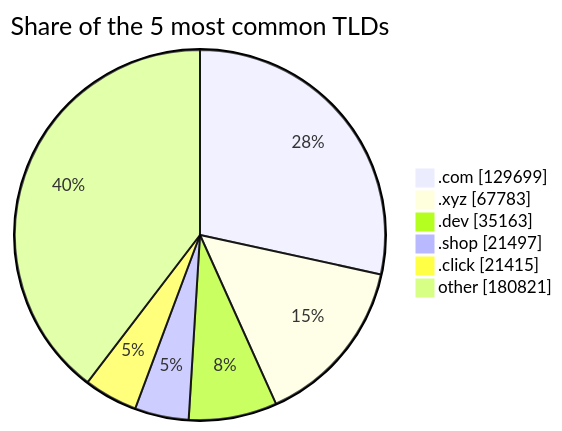
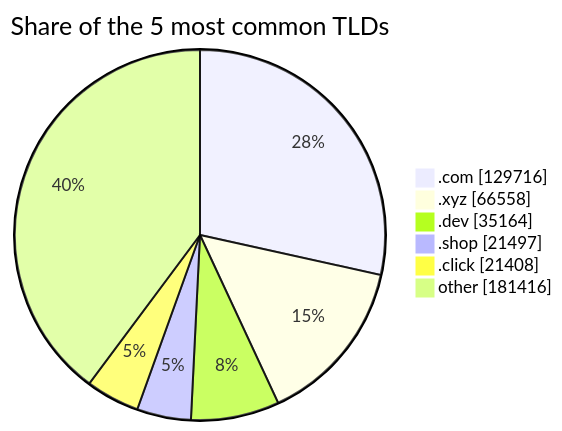
One commit to DNSBunker/CTI changed the third of 3 diagrams in README.md. Above: the diagram before and after it, drawn with Mermaid. The commit also changed other lines of this file and 3 other files, not shown here.

````diff
--- a/README.md
+++ b/README.md
@@ -81,9 +81,9 @@
 ```mermaid
 pie showData title Share of the 5 most common TLDs
-    ".com" : 129699
-    ".xyz" : 67783
-    ".dev" : 35163
+    ".com" : 129716
+    ".xyz" : 66558
+    ".dev" : 35164
     ".shop" : 21497
-    ".click" : 21415
-    "other" : 180821
+    ".click" : 21408
+    "other" : 181416
 ```
````
